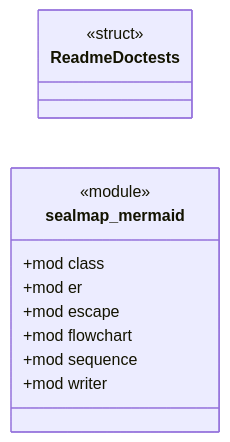
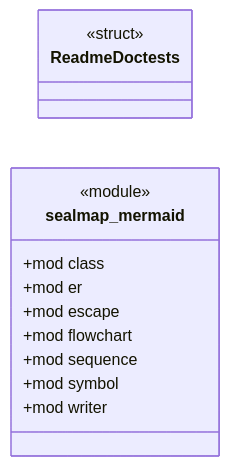
The diagram in docs/sealmap/crates/sealmap-mermaid/src/lib.rs.md (DreamLab-AI/codemaid), drawn with Mermaid before and after one commit. The commit also changed other lines of this file and 45 other files, not shown here.

First line of the commit message:
docs: regenerate the self-corpus for sym: ids and schema v2

````diff
--- a/docs/sealmap/crates/sealmap-mermaid/src/lib.rs.md
+++ b/docs/sealmap/crates/sealmap-mermaid/src/lib.rs.md
@@ -14,16 +14,17 @@
 ```mermaid
 classDiagram
   direction LR
-  class sealmap_mermaid__ReadmeDoctests["ReadmeDoctests"] {
+  class sealmap_mermaid___tReadmeDoctests["ReadmeDoctests"] {
     <<struct>>
   }
   class sealmap_mermaid {
     <<module>>
     +mod class
     +mod er
     +mod escape
     +mod flowchart
     +mod sequence
+    +mod symbol
     +mod writer
   }
 ```
````
